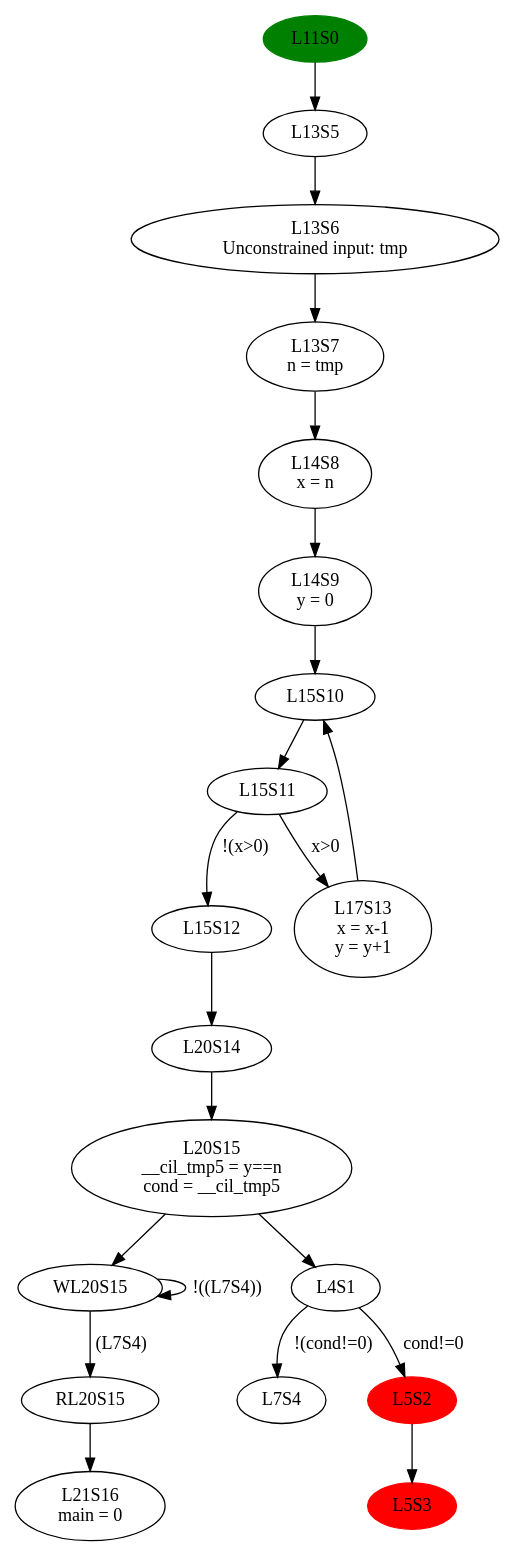
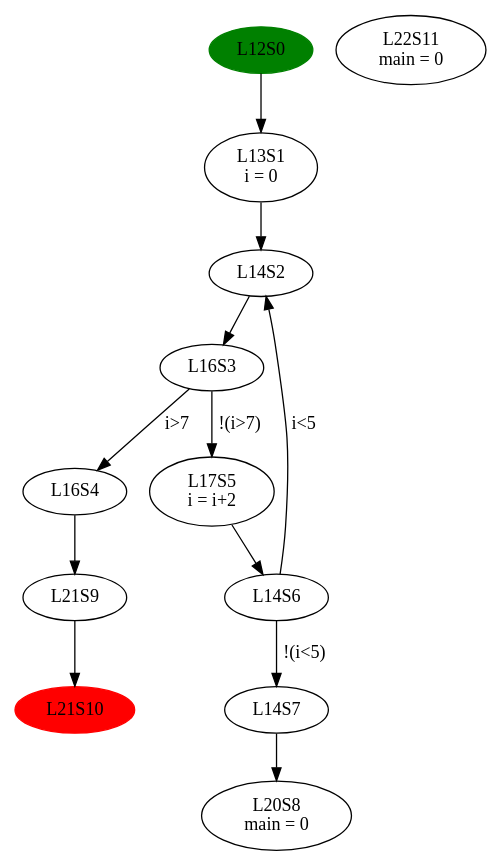
One commit to Zzephaniahh/SoLVe changed the diagram in raw_CFG.gv. Above: the diagram before and after it, drawn with Graphviz. The commit also changed 12 other files, not shown here.

```diff
--- a/raw_CFG.gv
+++ b/raw_CFG.gv
@@ -1,76 +1,46 @@
 // raw_CFG
 digraph {
-	L11S0 -> L13S5 [label=""]
-	L11S0 [label=L11S0
+	L12S0 -> L13S1 [label=""]
+	L12S0 [label=L12S0
  color=green style=filled]
-	L11S0 [label=L11S0
+	L12S0 [label=L12S0
 ]
-	L13S5 -> L13S6 [label=""]
-	L13S5 [label=L13S5
+	L13S1 -> L14S2 [label=""]
+	L13S1 [label="L13S1
+i = 0
+"]
+	L14S2 -> L16S3 [label=""]
+	L14S2 [label=L14S2
 ]
-	L13S6 -> L13S7 [label=""]
-	L13S6 [label="L13S6
-Unconstrained input: tmp
+	L16S3 -> L16S4 [label="i>7"]
+	L16S3 -> L17S5 [label="!(i>7)"]
+	L16S3 [label=L16S3
+]
+	L16S4 -> L21S9 [label=""]
+	L16S4 [label=L16S4
+]
+	L17S5 -> L14S6 [label=""]
+	L17S5 [label="L17S5
+i = i+2
 "]
-	L13S7 -> L14S8 [label=""]
-	L13S7 [label="L13S7
-n = tmp
-"]
-	L14S8 -> L14S9 [label=""]
-	L14S8 [label="L14S8
-x = n
-"]
-	L14S9 -> L15S10 [label=""]
-	L14S9 [label="L14S9
-y = 0
-"]
-	L15S10 -> L15S11 [label=""]
-	L15S10 [label=L15S10
+	L21S9 -> L21S10 [label=""]
+	L21S9 [label=L21S9
 ]
-	L15S11 -> L17S13 [label="x>0"]
-	L15S11 -> L15S12 [label="!(x>0)"]
-	L15S11 [label=L15S11
+	L14S6 -> L14S2 [label="i<5"]
+	L14S6 -> L14S7 [label="!(i<5)"]
+	L14S6 [label=L14S6
 ]
-	L17S13 -> L15S10 [label=""]
-	L17S13 [label="L17S13
-x = x-1
-y = y+1
-"]
-	L15S12 -> L20S14 [label=""]
-	L15S12 [label=L15S12
+	L14S7 -> L20S8 [label=""]
+	L14S7 [label=L14S7
 ]
-	L20S14 -> L20S15 [label=""]
-	L20S14 [label=L20S14
-]
-	L20S15 -> WL20S15 [label=""]
-	L20S15 -> L4S1 [label=""]
-	L20S15 [label="L20S15
-__cil_tmp5 = y==n
-cond = __cil_tmp5
-"]
-	WL20S15 -> RL20S15 [label="(L7S4)"]
-	WL20S15 -> WL20S15 [label="!((L7S4))"]
-	WL20S15 [label=WL20S15
-]
-	RL20S15 -> L21S16 [label=""]
-	RL20S15 [label=RL20S15
-]
-	L21S16 [label="L21S16
+	L20S8 [label="L20S8
 main = 0
 "]
-	L4S1 -> L5S2 [label="cond!=0"]
-	L4S1 -> L7S4 [label="!(cond!=0)"]
-	L4S1 [label=L4S1
+	L21S10 [label=L21S10
+ color=red style=filled]
+	L21S10 [label=L21S10
 ]
-	L5S2 -> L5S3 [label=""]
-	L5S2 [label=L5S2
- color=red style=filled]
-	L5S2 [label=L5S2
-]
-	L7S4 [label=L7S4
-]
-	L5S3 [label=L5S3
- color=red style=filled]
-	L5S3 [label=L5S3
-]
+	L22S11 [label="L22S11
+main = 0
+"]
 }
```
